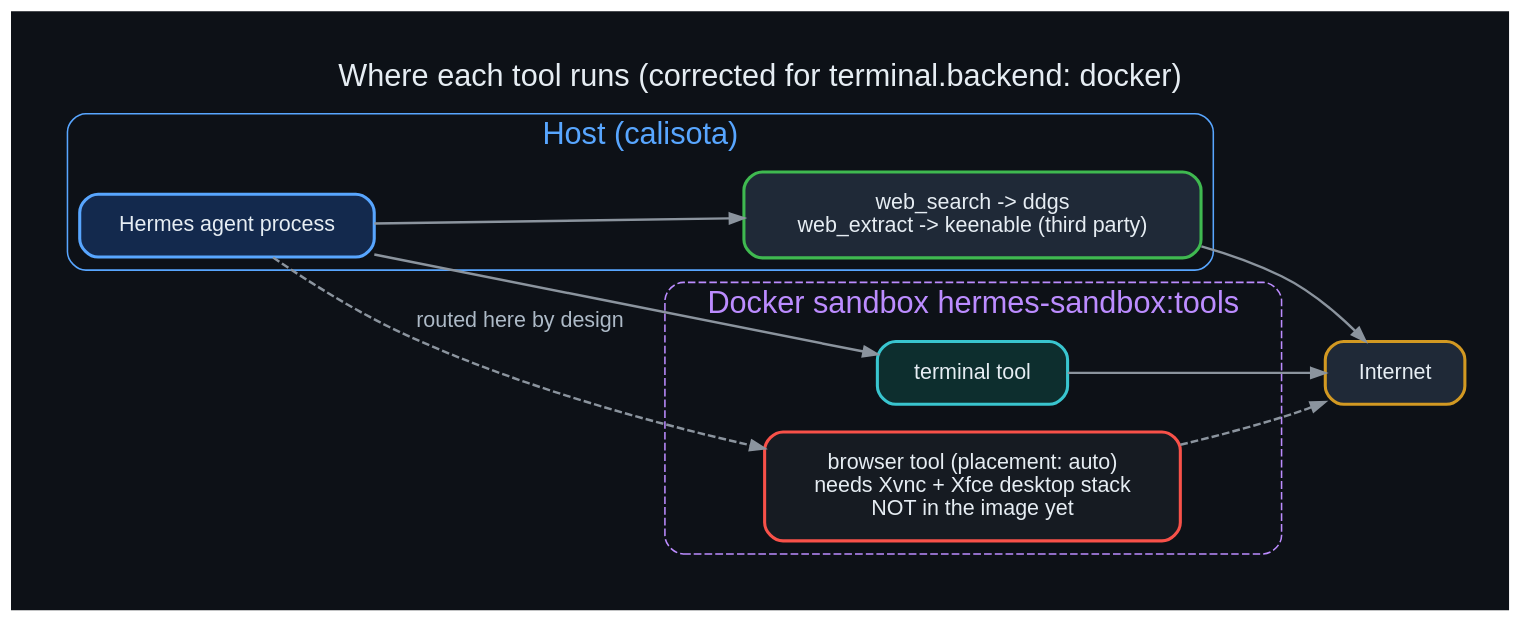
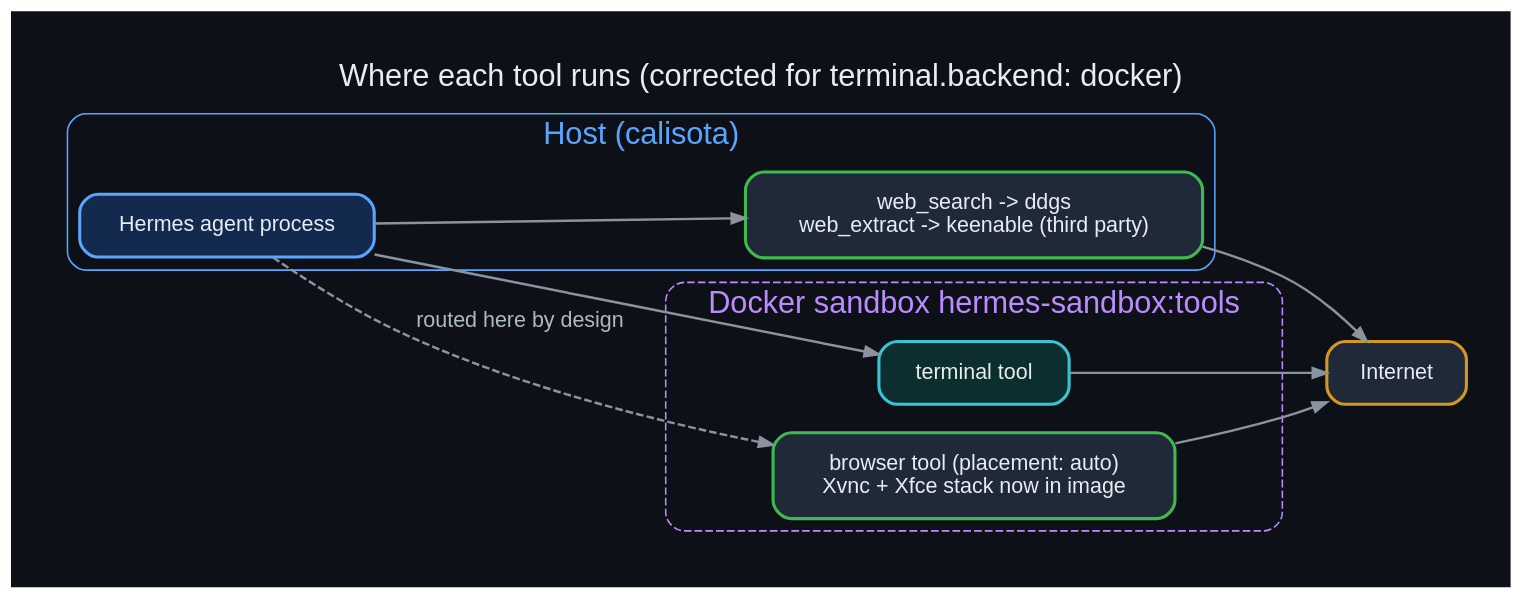
Before and after one commit to danindiana/hermes-web-search-ddgs: the diagram in diagrams/09_sandbox_boundary.dot, drawn with Graphviz. The commit also changed 38 other files, not shown here.

Commit message:
Browser working via sandboxed desktop image (Dockerfile.desktop); diagrams 35-38; update verification

```diff
--- a/diagrams/09_sandbox_boundary.dot
+++ b/diagrams/09_sandbox_boundary.dot
@@ -1,12 +1,12 @@
 digraph g {
 graph [bgcolor="#0d1117", rankdir=LR, fontname="Helvetica", fontcolor="#e6edf3", labelloc="t", fontsize=20, pad=0.4];
 node  [fontname="Helvetica", fontcolor="#e6edf3", color="#30363d", style="filled,rounded", shape=box, penwidth=2, margin="0.25,0.18", fillcolor="#161b22"];
 edge  [color="#8b949e", fontname="Helvetica", fontcolor="#adbac7", penwidth=1.6, arrowsize=0.9];
 label="Where each tool runs (corrected for terminal.backend: docker)";
 subgraph cluster_h { label="Host (calisota)"; color="#58a6ff"; fontcolor="#58a6ff"; style=rounded;
  ag [label="Hermes agent process", color="#58a6ff", fillcolor="#13294d"]; ws [label="web_search -> ddgs\nweb_extract -> keenable (third party)", color="#3fb950", fillcolor="#1f2937"]; }
 subgraph cluster_d { label="Docker sandbox hermes-sandbox:tools"; color="#bc8cff"; fontcolor="#bc8cff"; style="rounded,dashed";
- tm [label="terminal tool", color="#39c5cf", fillcolor="#0d2e2e"]; br [label="browser tool (placement: auto)\nneeds Xvnc + Xfce desktop stack\nNOT in the image yet", color="#f85149"]; }
+ tm [label="terminal tool", color="#39c5cf", fillcolor="#0d2e2e"]; br [label="browser tool (placement: auto)\nXvnc + Xfce stack now in image", color="#3fb950", fillcolor="#1f2937"]; }
 net [label="Internet", color="#d29922", fillcolor="#1f2937"];
-ag->ws; ws->net; ag->tm; ag->br [style=dashed, label="routed here by design"]; tm->net; br->net [style=dashed];
+ag->ws; ws->net; ag->tm; ag->br [style=dashed, label="routed here by design"]; tm->net; br->net;
 }
```
